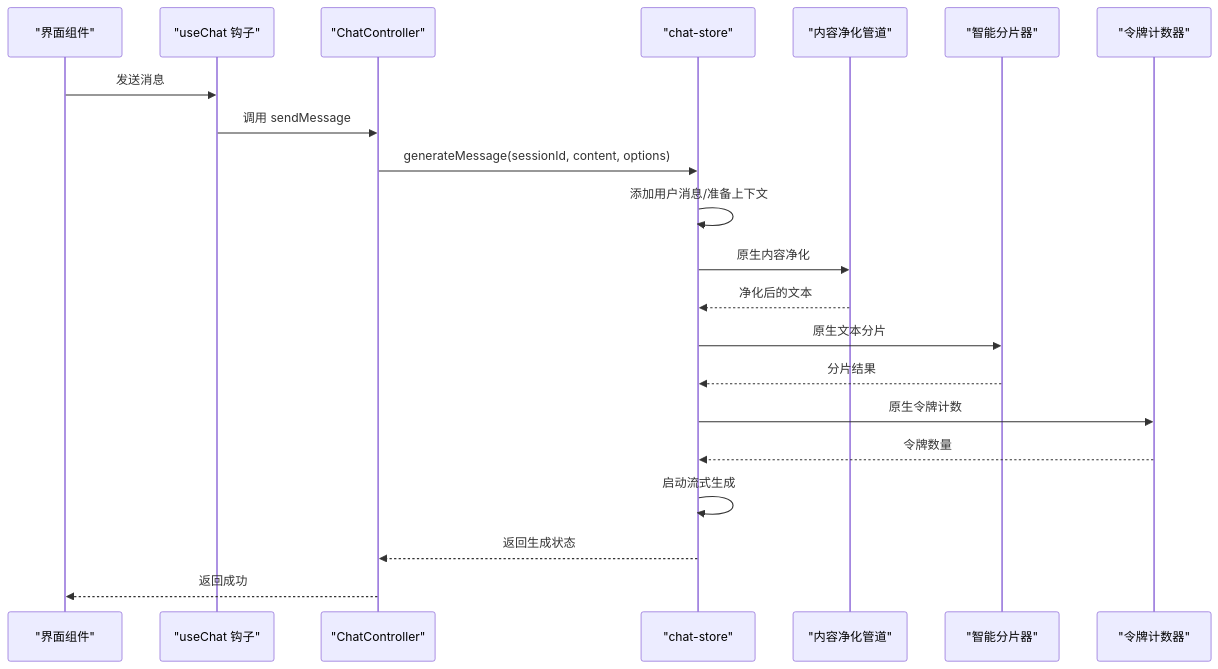
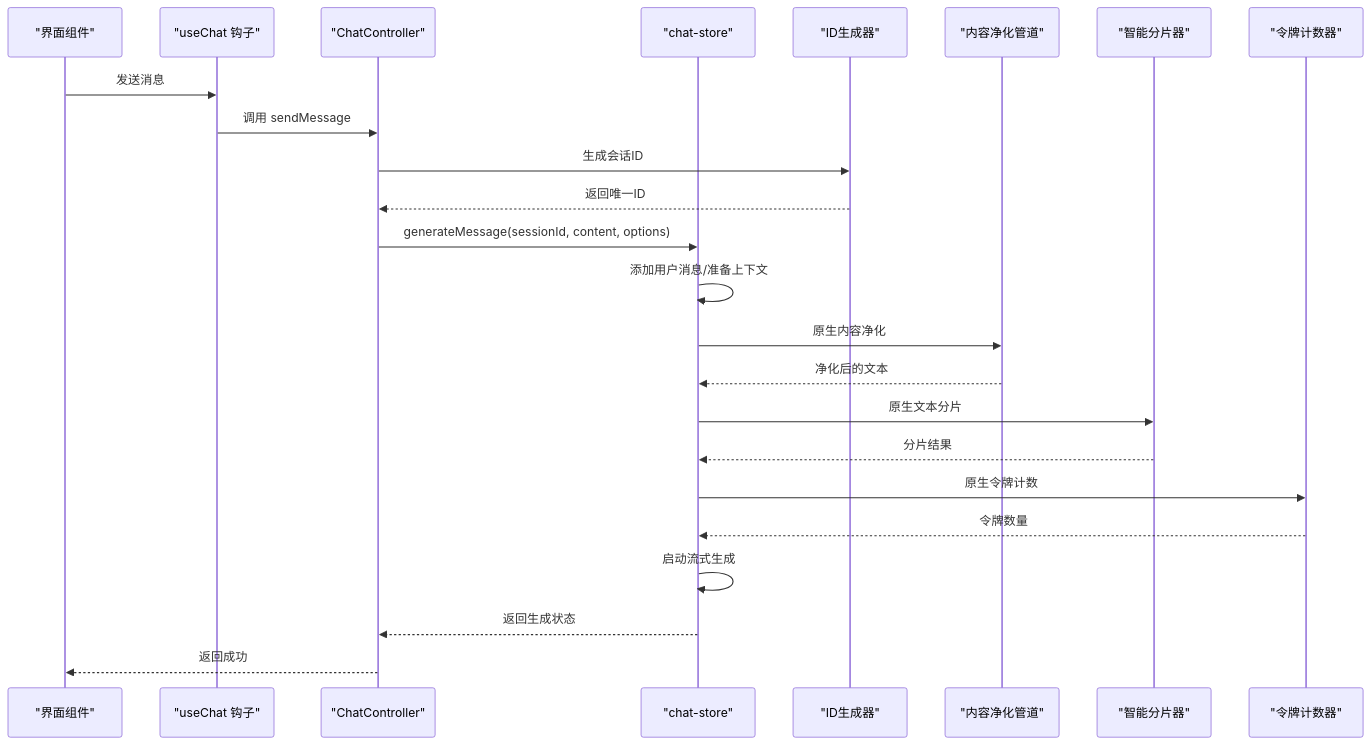
One commit to NarcisWL/Nexara changed the second of 24 diagrams in .qoder/repowiki/zh/content/聊天系统详解/聊天系统详解.md. Above: the diagram before and after it, drawn with Mermaid. The commit also changed other lines of this file and 117 other files, not shown here.

````diff
--- a/.qoder/repowiki/zh/content/聊天系统详解/聊天系统详解.md
+++ b/.qoder/repowiki/zh/content/聊天系统详解/聊天系统详解.md
@@ -189,23 +199,26 @@
 ```mermaid
 sequenceDiagram
 participant UI as "界面组件"
 participant Hook as "useChat 钩子"
 participant Ctrl as "ChatController"
 participant Store as "chat-store"
+participant IdGen as "ID生成器"
 participant Sanitizer as "内容净化管道"
 participant TextSplitter as "智能分片器"
 participant TokenCounter as "令牌计数器"
 UI->>Hook : 发送消息
 Hook->>Ctrl : 调用 sendMessage
+Ctrl->>IdGen : 生成会话ID
+IdGen-->>Ctrl : 返回唯一ID
 Ctrl->>Store : generateMessage(sessionId, content, options)
 Store->>Store : 添加用户消息/准备上下文
 Store->>Sanitizer : 原生内容净化
 Sanitizer-->>Store : 净化后的文本
 Store->>TextSplitter : 原生文本分片
 TextSplitter-->>Store : 分片结果
 Store->>TokenCounter : 原生令牌计数
 TokenCounter-->>Store : 令牌数量
 Store->>Store : 启动流式生成
 Store-->>Ctrl : 返回生成状态
 Ctrl-->>UI : 返回成功
 ```
````
